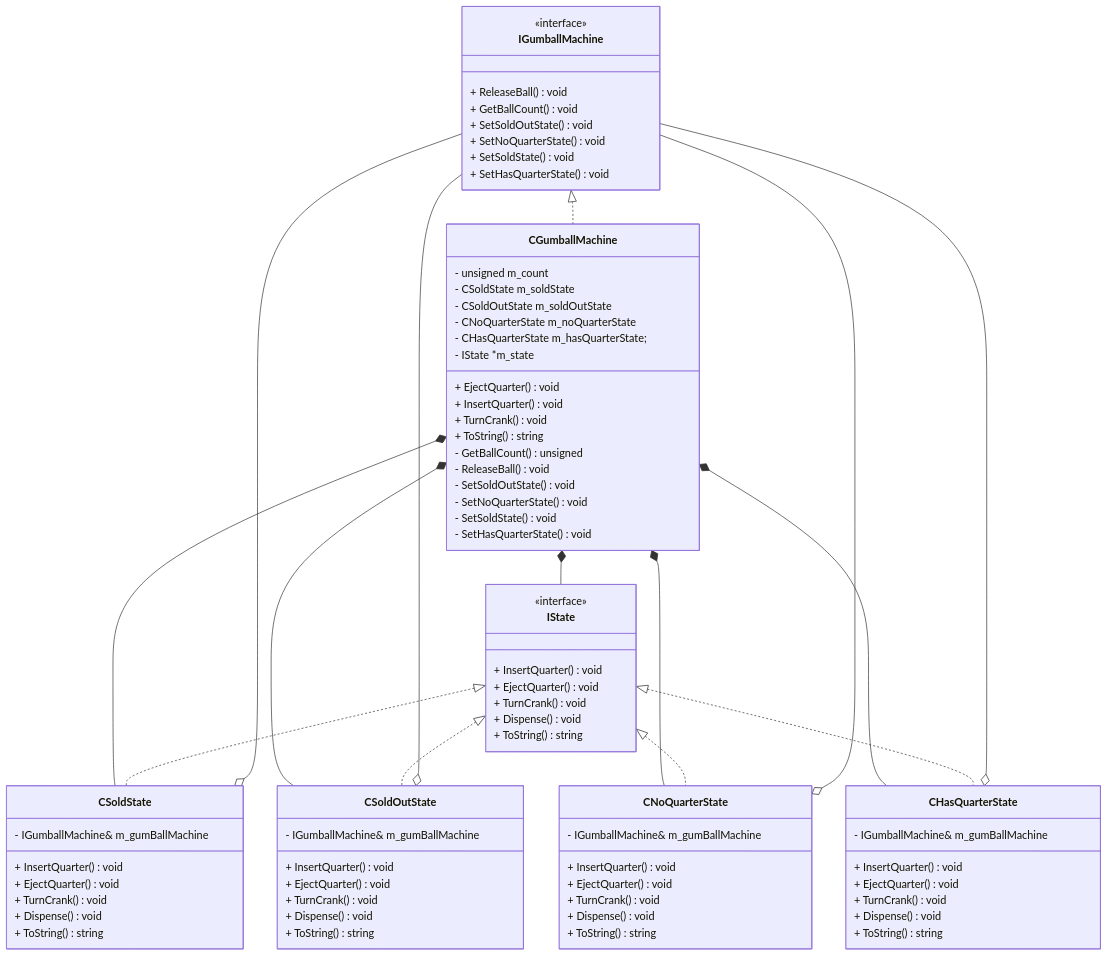
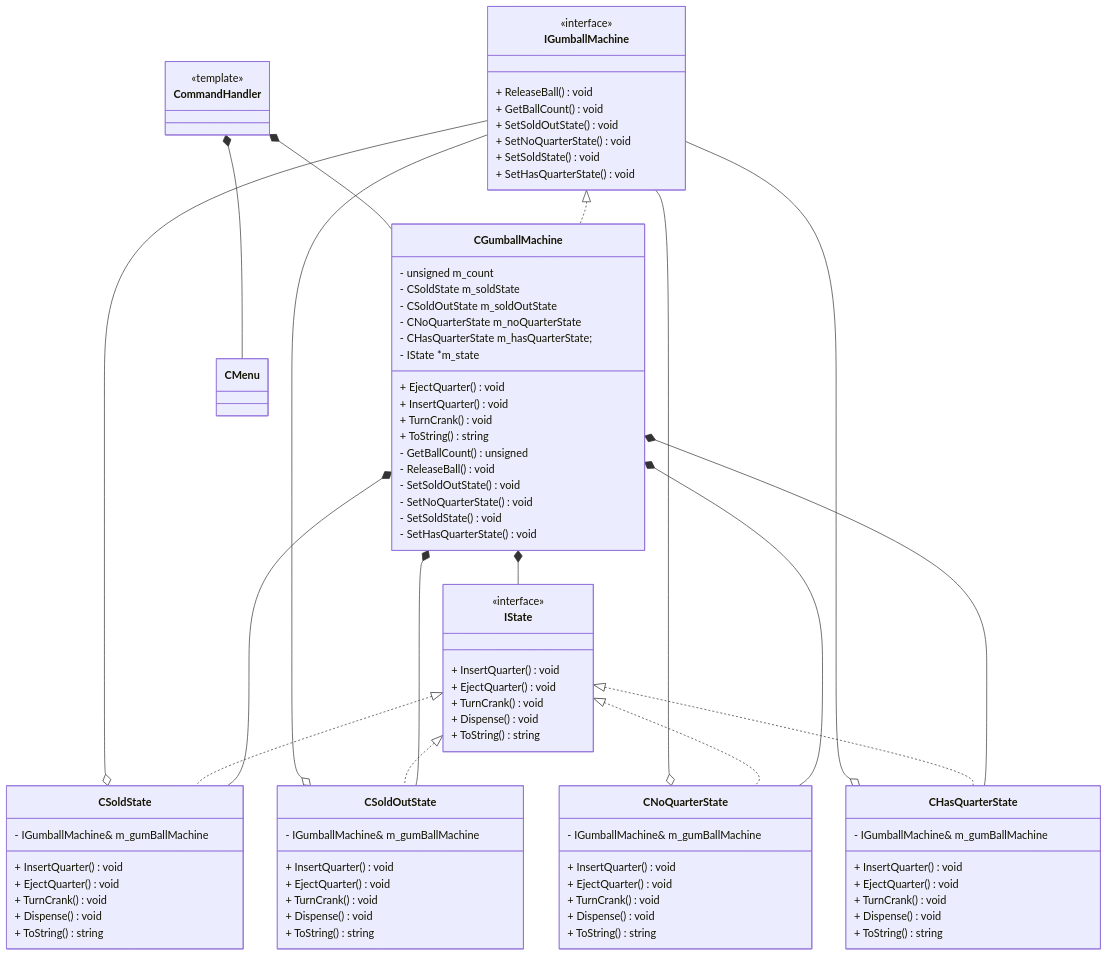
Before and after one commit to VeYand/OOD: the first of 2 diagrams in lab8/DOCS.md, drawn with Mermaid.

Commit message:
Поправил диаграмму

````diff
--- a/lab8/DOCS.md
+++ b/lab8/DOCS.md
@@ -31,10 +31,10 @@
     - SetHasQuarterState() void
     - unsigned m_count
     - CSoldState m_soldState
-	- CSoldOutState m_soldOutState
-	- CNoQuarterState m_noQuarterState
-	- CHasQuarterState m_hasQuarterState;
-	- IState *m_state
+    - CSoldOutState m_soldOutState
+    - CNoQuarterState m_noQuarterState
+    - CHasQuarterState m_hasQuarterState;
+    - IState *m_state
 }
 
 class IState {
@@ -89,4 +89,12 @@
     + ToString() string
     - IGumballMachine& m_gumBallMachine
 }
+
+class CMenu
+
+CommandHandler *-- CMenu
+CommandHandler *-- CGumballMachine
+class CommandHandler {
+    <<template>>
+}
 ```
````
